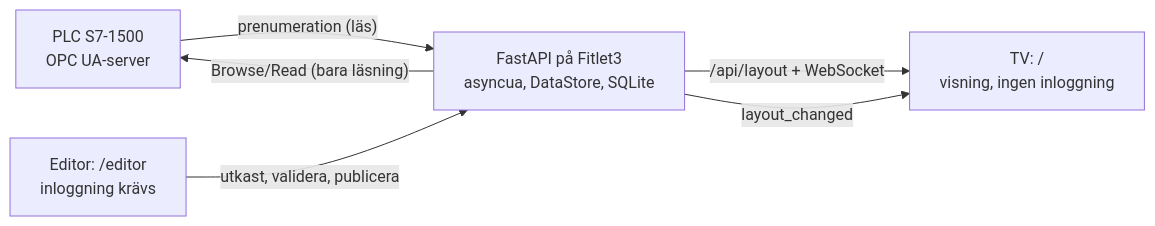
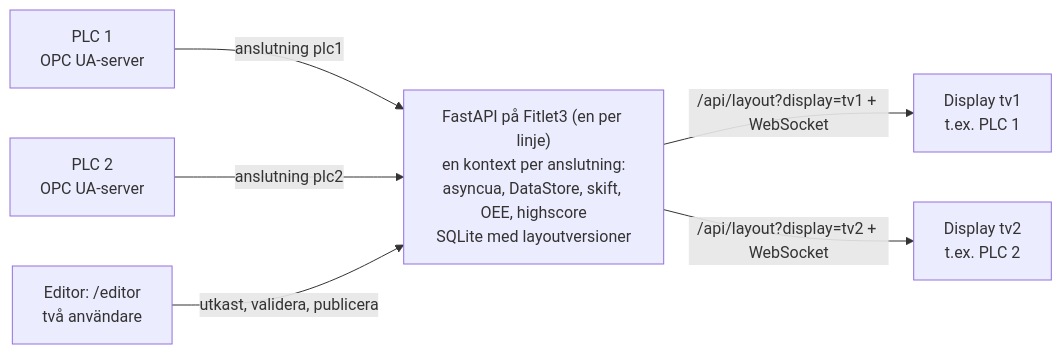
The first of 2 diagrams in docs/EDITOR-PLAN.md (maizlow/asyncua-dashboard), drawn with Mermaid before and after one commit. The commit also changed other lines of this file, not shown here.

Commit message:
docs: EDITOR-PLAN med Johans beslut (DB som källa, två användare, flera PLC:er och displayer, header-yta, inbyggda widgets, editor i demon, larm helskärm)

````diff
--- a/docs/EDITOR-PLAN.md
+++ b/docs/EDITOR-PLAN.md
@@ -91,8 +107,9 @@
 ```mermaid
 flowchart LR
-  PLC["PLC S7-1500<br/>OPC UA-server"] -- "prenumeration (läs)" --> BE
-  BE["FastAPI på Fitlet3<br/>asyncua, DataStore, SQLite"] -- "/api/layout + WebSocket" --> TV["TV: /<br/>visning, ingen inloggning"]
-  ED["Editor: /editor<br/>inloggning krävs"] -- "utkast, validera, publicera" --> BE
-  BE -- "Browse/Read (bara läsning)" --> PLC
-  BE -- "layout_changed" --> TV
+  P1["PLC 1<br/>OPC UA-server"] -- "anslutning plc1" --> BE
+  P2["PLC 2<br/>OPC UA-server"] -- "anslutning plc2" --> BE
+  BE["FastAPI på Fitlet3 (en per linje)<br/>en kontext per anslutning:<br/>asyncua, DataStore, skift, OEE, highscore<br/>SQLite med layoutversioner"]
+  BE -- "/api/layout?display=tv1 + WebSocket" --> T1["Display tv1<br/>t.ex. PLC 1"]
+  BE -- "/api/layout?display=tv2 + WebSocket" --> T2["Display tv2<br/>t.ex. PLC 2"]
+  ED["Editor: /editor<br/>två användare"] -- "utkast, validera, publicera" --> BE
 ```
````
